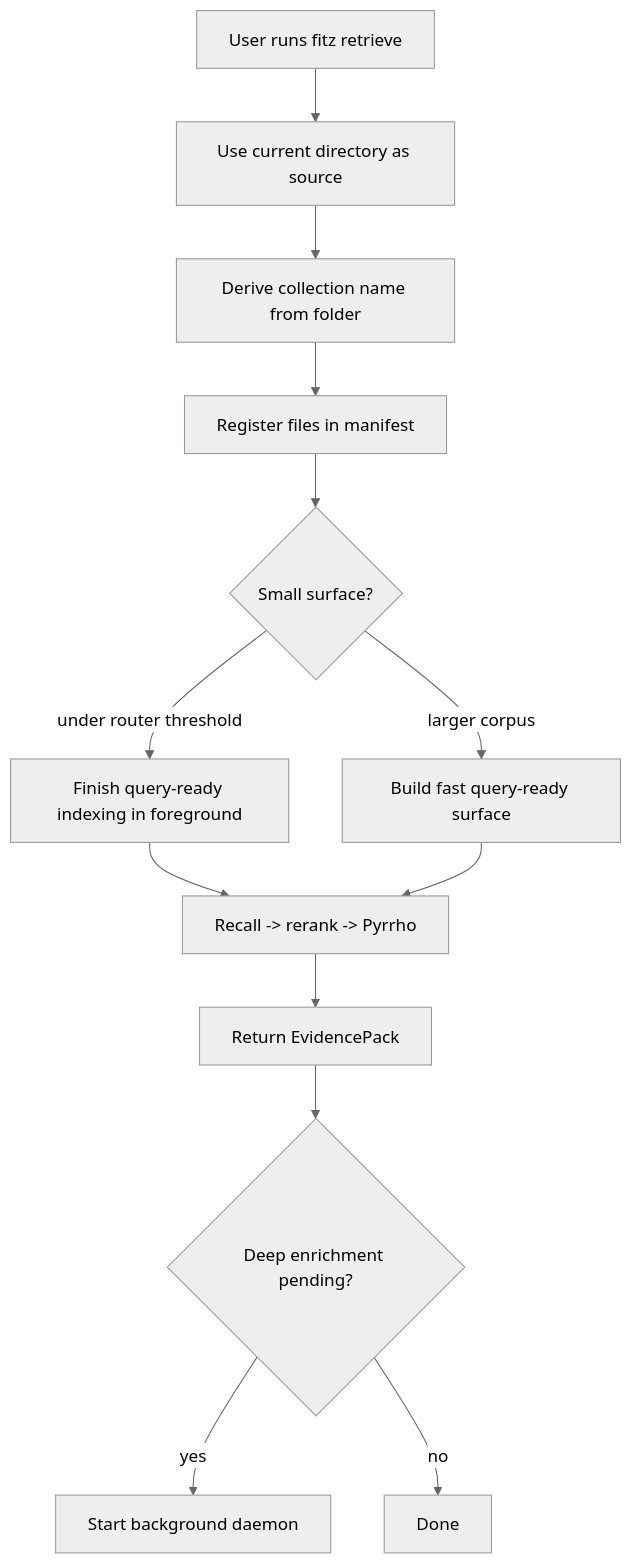
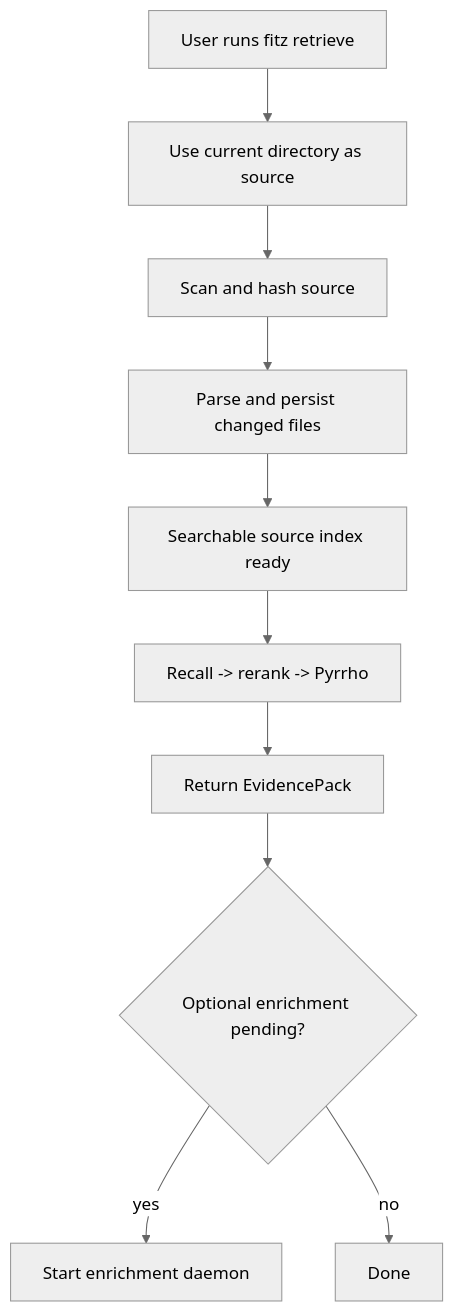
Before and after one commit to yafitzdev/fitz: the first of 2 diagrams in docs/QUERY_UX.md, drawn with Mermaid (neutral theme). The commit also changed other lines of this file and 23 other files, not shown here.

Commit message:
Document searchable indexing and enrichment boundaries

````diff
--- a/docs/QUERY_UX.md
+++ b/docs/QUERY_UX.md
@@ -16,15 +14,12 @@
 ```mermaid
 flowchart TD
     A["User runs fitz retrieve"] --> B["Use current directory as source"]
-    B --> C["Derive collection name from folder"]
-    C --> D["Register files in manifest"]
-    D --> E{"Small surface?"}
-    E -->|"under router threshold"| F["Finish query-ready indexing in foreground"]
-    E -->|"larger corpus"| G["Build fast query-ready surface"]
-    F --> H["Recall -> rerank -> Pyrrho"]
-    G --> H
-    H --> I["Return EvidencePack"]
-    I --> J{"Deep enrichment pending?"}
-    J -->|"yes"| K["Start background daemon"]
-    J -->|"no"| L["Done"]
+    B --> C["Scan and hash source"]
+    C --> D["Parse and persist changed files"]
+    D --> E["Searchable source index ready"]
+    E --> F["Recall -> rerank -> Pyrrho"]
+    F --> G["Return EvidencePack"]
+    G --> H{"Optional enrichment pending?"}
+    H -->|"yes"| I["Start enrichment daemon"]
+    H -->|"no"| J["Done"]
 ```
````
